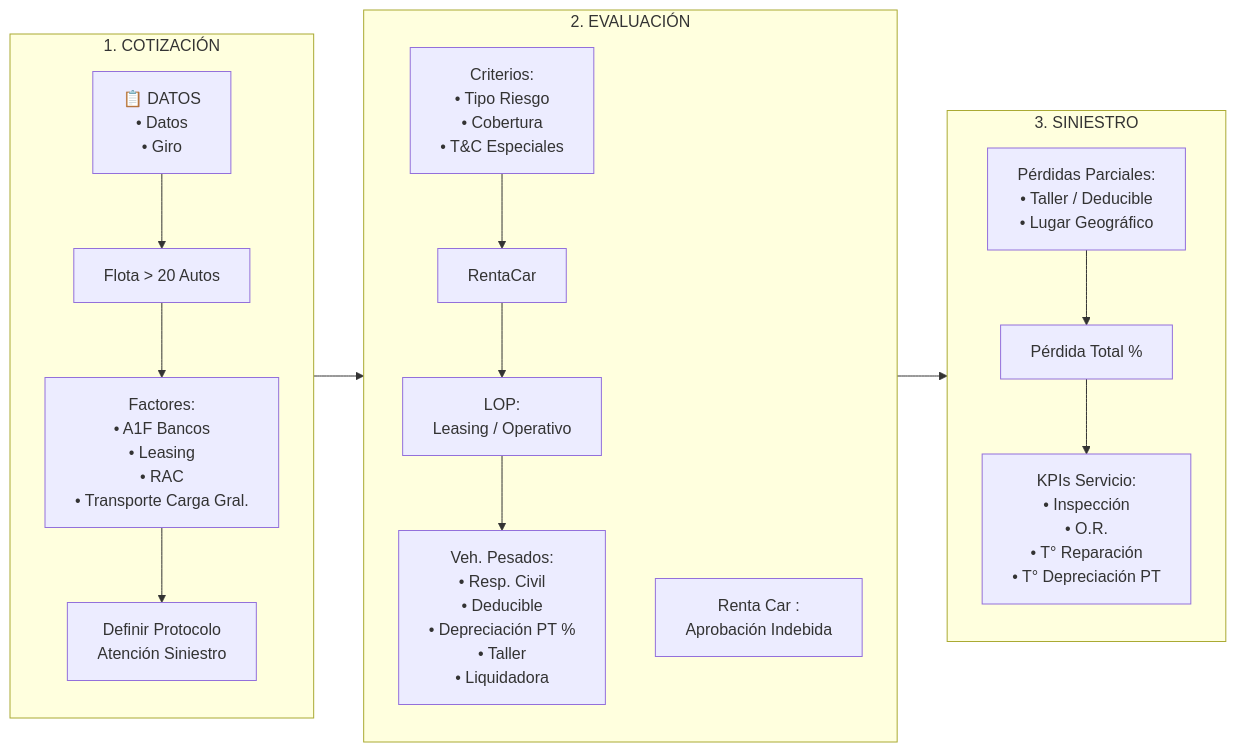
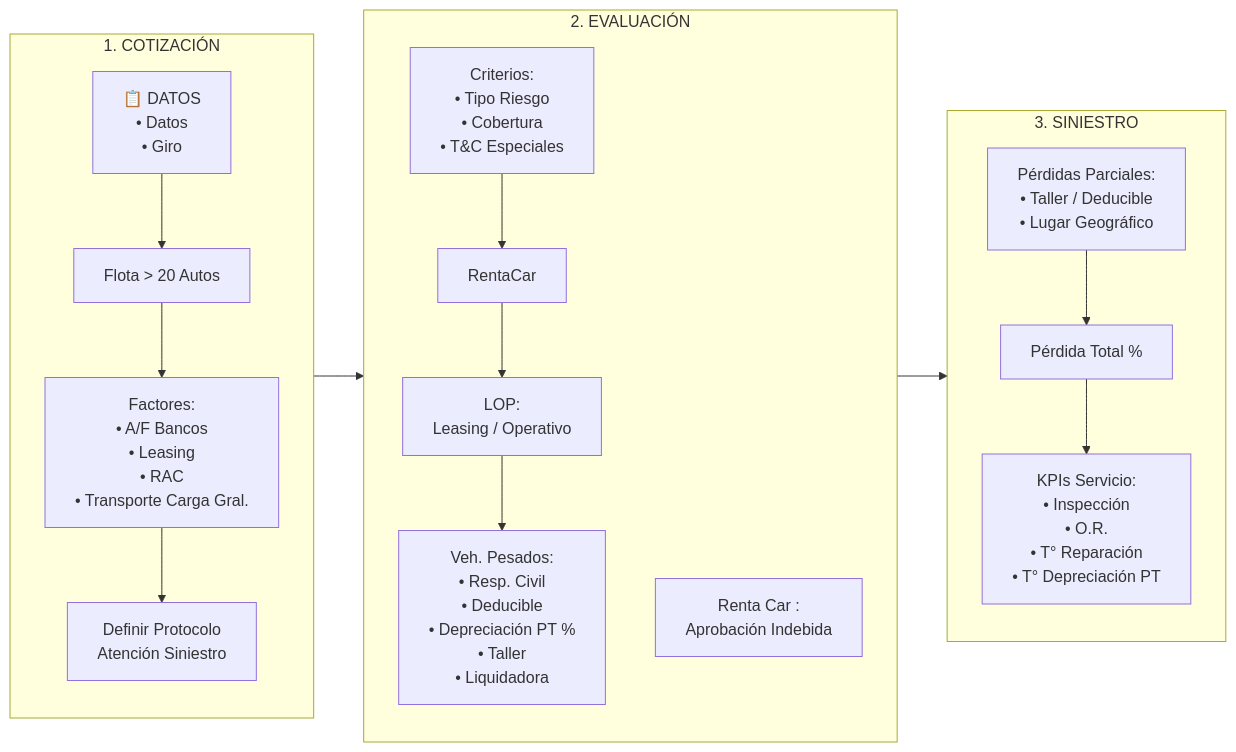
One commit to nicolascerpa7-lab/Siniestro-BCI changed the diagram in README.md. Above: the diagram before and after it, drawn with Mermaid.

````diff
--- a/README.md
+++ b/README.md
@@ -4,39 +4,39 @@
 ```mermaid
 flowchart LR
     subgraph COTIZACION["1. COTIZACIÓN"]
         direction TB
         DATOS["📋 DATOS<br/>• Datos<br/>• Giro"]
         REQUISITO["Flota > 20 Autos"]
-        FACTORES["Factores:<br/>• A1F Bancos<br/>• Leasing<br/>• RAC<br/>• Transporte Carga Gral."]
+        FACTORES["Factores:<br/>• A/F Bancos<br/>• Leasing<br/>• RAC<br/>• Transporte Carga Gral."]
         PROTOCOLO["Definir Protocolo<br/>Atención Siniestro"]
         
         DATOS --> REQUISITO
         REQUISITO --> FACTORES
         FACTORES --> PROTOCOLO
     end
     
     subgraph EVALUACION["2. EVALUACIÓN"]
         direction TB
         CRITERIOS["Criterios:<br/>• Tipo Riesgo<br/>• Cobertura<br/>• T&C Especiales"]
         DAC["Renta Car :<br/>Aprobación Indebida"]
         LOP["LOP:<br/>Leasing / Operativo"]
         PESADOS["Veh. Pesados:<br/>• Resp. Civil<br/>• Deducible<br/>• Depreciación PT %<br/>• Taller<br/>• Liquidadora"]
         
         CRITERIOS --> RentaCar
         RentaCar --> LOP
         LOP --> PESADOS
     end
     
     subgraph SINIESTRO["3. SINIESTRO"]
         direction TB
         PARCIALES["Pérdidas Parciales:<br/>• Taller / Deducible<br/>• Lugar Geográfico"]
         TOTAL["Pérdida Total %"]
         KPIS["KPIs Servicio:<br/>• Inspección<br/>• O.R.<br/>• T° Reparación<br/>• T° Depreciación PT"]
         
         PARCIALES --> TOTAL
         TOTAL --> KPIS
     end
     
     COTIZACION --> EVALUACION
     EVALUACION --> SINIESTRO
 ```
````
